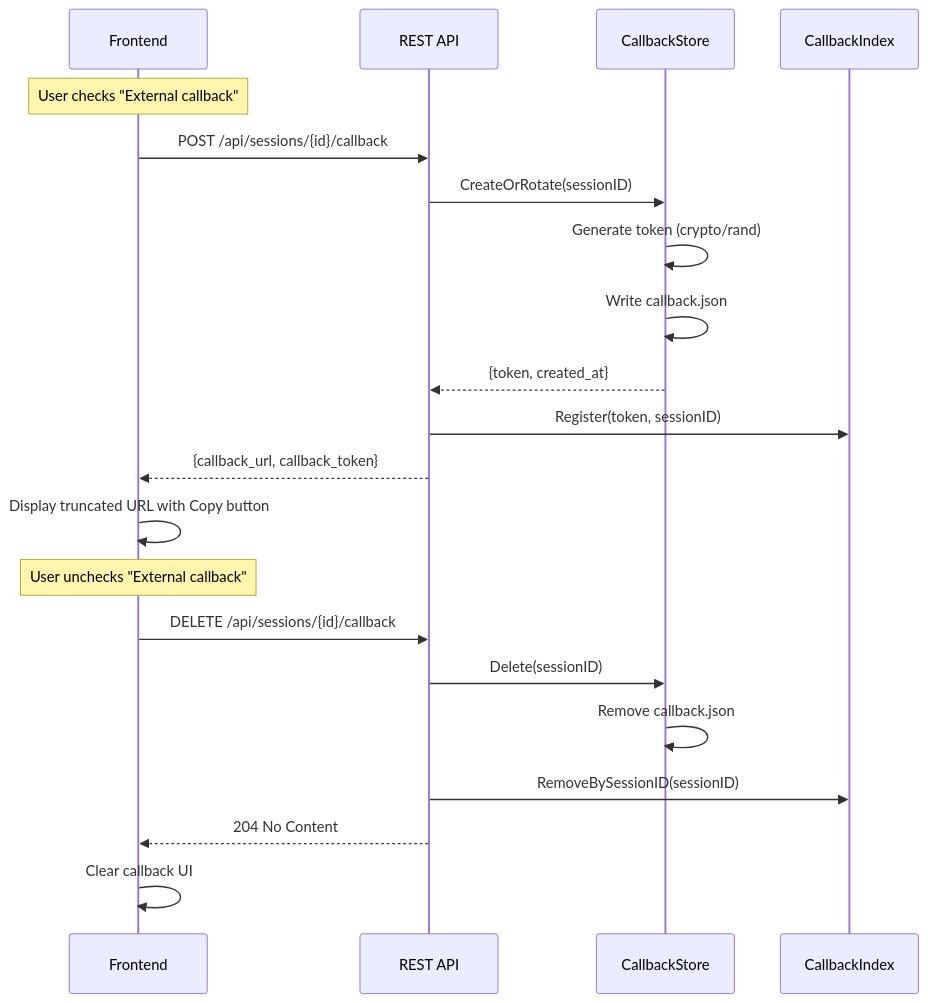
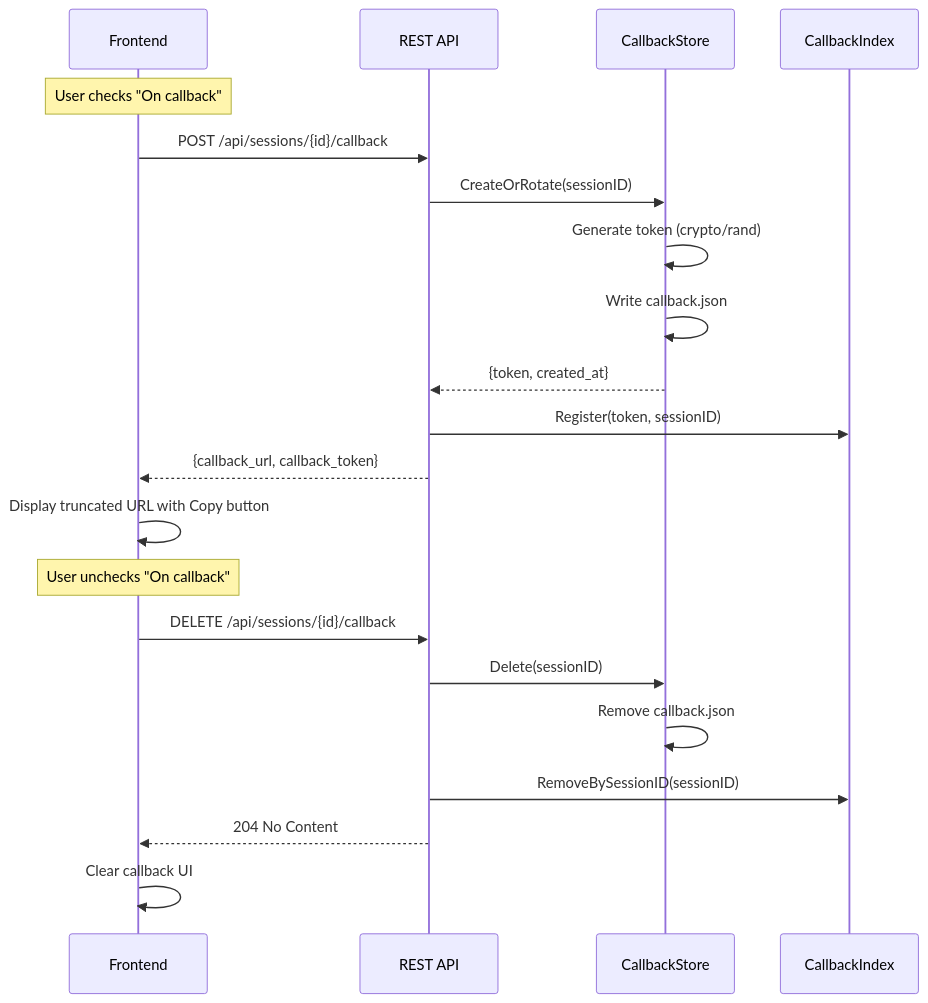
The second of 2 diagrams in docs/devel/callbacks.md (inercia/mitto), drawn with Mermaid before and after one commit. The commit also changed other lines of this file, not shown here.

First line of the commit message:
chore(mitto-w7hh): align callback documentation label (refs mitto-w7hh)

````diff
--- a/docs/devel/callbacks.md
+++ b/docs/devel/callbacks.md
@@ -390,25 +390,25 @@
 ```mermaid
 sequenceDiagram
     participant UI as Frontend
     participant API as REST API
     participant Store as CallbackStore
     participant Index as CallbackIndex
 
-    Note over UI: User checks "External callback"
+    Note over UI: User checks "On callback"
     UI->>API: POST /api/sessions/{id}/callback
     API->>Store: CreateOrRotate(sessionID)
     Store->>Store: Generate token (crypto/rand)
     Store->>Store: Write callback.json
     Store-->>API: {token, created_at}
     API->>Index: Register(token, sessionID)
     API-->>UI: {callback_url, callback_token}
     UI->>UI: Display truncated URL with Copy button
 
-    Note over UI: User unchecks "External callback"
+    Note over UI: User unchecks "On callback"
     UI->>API: DELETE /api/sessions/{id}/callback
     API->>Store: Delete(sessionID)
     Store->>Store: Remove callback.json
     API->>Index: RemoveBySessionID(sessionID)
     API-->>UI: 204 No Content
     UI->>UI: Clear callback UI
 ```
````
